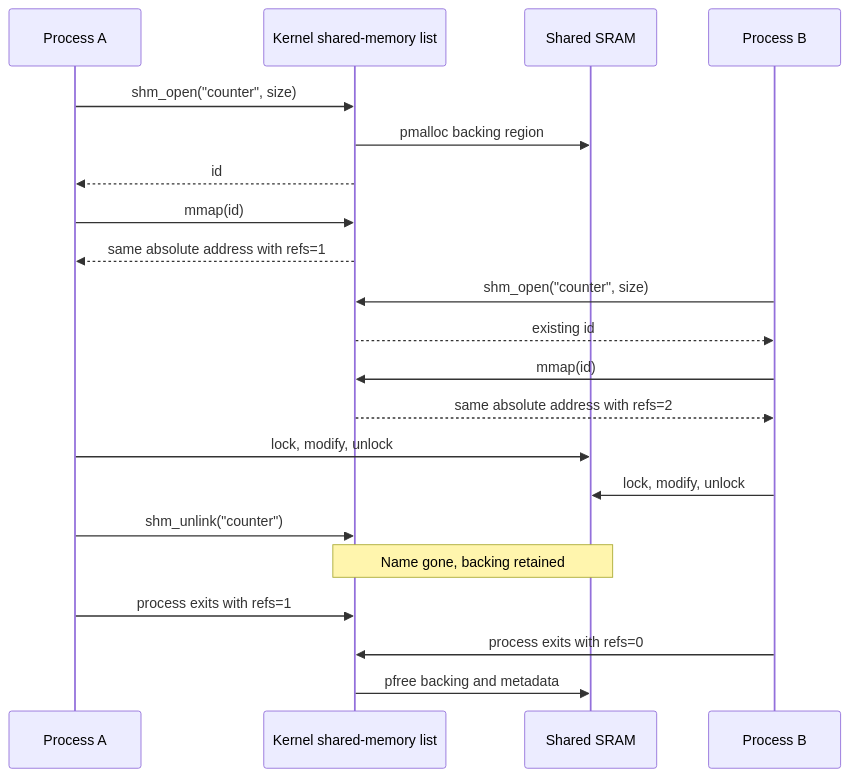
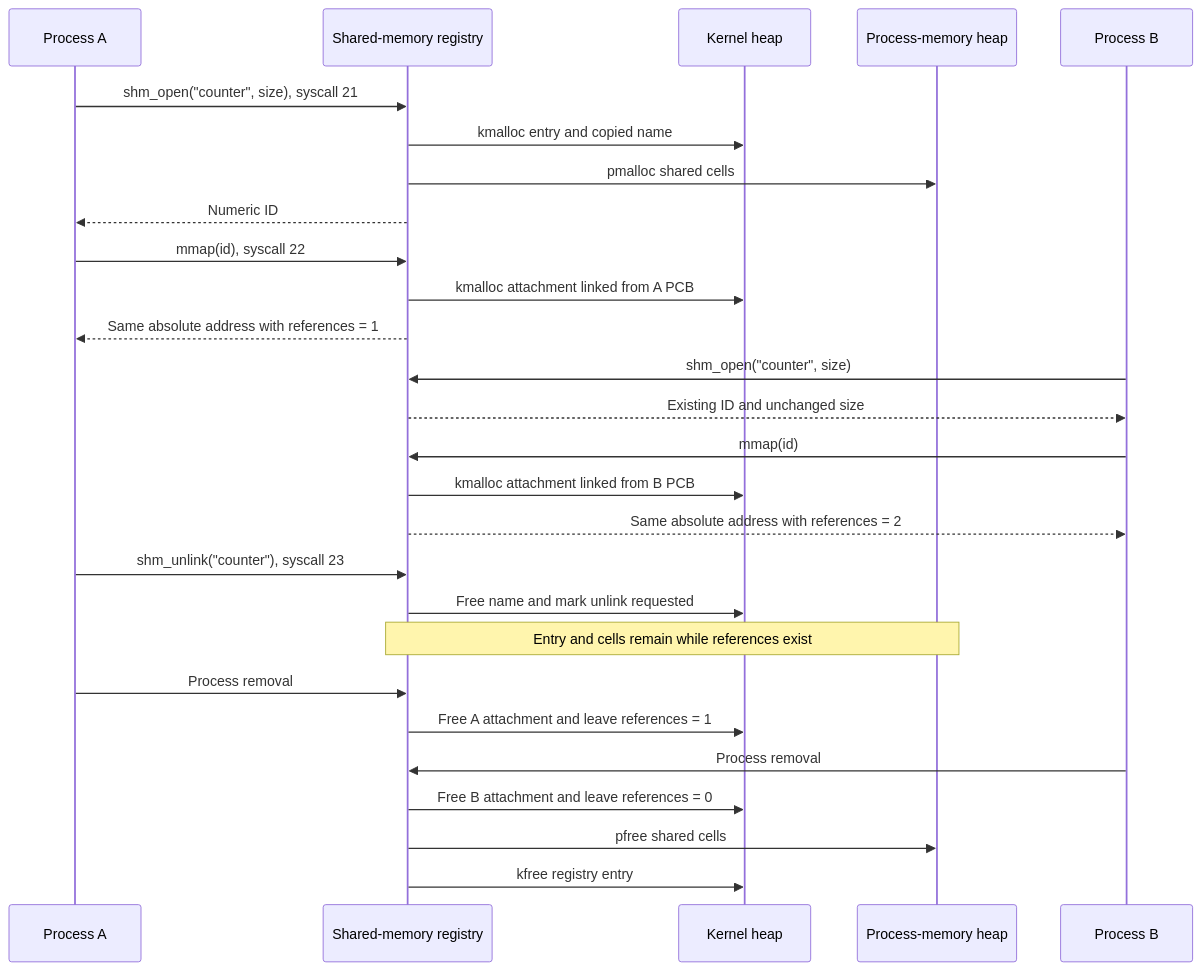
One commit to matthejue/Pico-OS changed diagram 16 of 24 in README.md. Above: the diagram before and after it, drawn with Mermaid. The commit also changed other lines of this file and 19 other files, not shown here.

First line of the commit message:
- The terminal input buffer now lives in the shared terminal code, not inside every process’s descriptor table

````diff
--- a/README.md
+++ b/README.md
@@ -2322,24 +1849,30 @@
 ```mermaid
 sequenceDiagram
     participant A as Process A
-    participant K as Kernel shared-memory list
-    participant M as Shared SRAM
+    participant K as Shared-memory registry
+    participant KH as Kernel heap
+    participant PM as Process-memory heap
     participant B as Process B
 
-    A->>K: shm_open("counter", size)
-    K->>M: pmalloc backing region
-    K-->>A: id
-    A->>K: mmap(id)
-    K-->>A: same absolute address with refs=1
+    A->>K: shm_open("counter", size), syscall 21
+    K->>KH: kmalloc entry and copied name
+    K->>PM: pmalloc shared cells
+    K-->>A: Numeric ID
+    A->>K: mmap(id), syscall 22
+    K->>KH: kmalloc attachment linked from A PCB
+    K-->>A: Same absolute address with references = 1
     B->>K: shm_open("counter", size)
-    K-->>B: existing id
+    K-->>B: Existing ID and unchanged size
     B->>K: mmap(id)
-    K-->>B: same absolute address with refs=2
-    A->>M: lock, modify, unlock
-    B->>M: lock, modify, unlock
-    A->>K: shm_unlink("counter")
-    Note over K,M: Name gone, backing retained
-    A->>K: process exits with refs=1
-    B->>K: process exits with refs=0
-    K->>M: pfree backing and metadata
+    K->>KH: kmalloc attachment linked from B PCB
+    K-->>B: Same absolute address with references = 2
+    A->>K: shm_unlink("counter"), syscall 23
+    K->>KH: Free name and mark unlink requested
+    Note over K,PM: Entry and cells remain while references exist
+    A->>K: Process removal
+    K->>KH: Free A attachment and leave references = 1
+    B->>K: Process removal
+    K->>KH: Free B attachment and leave references = 0
+    K->>PM: pfree shared cells
+    K->>KH: kfree registry entry
 ```
````
